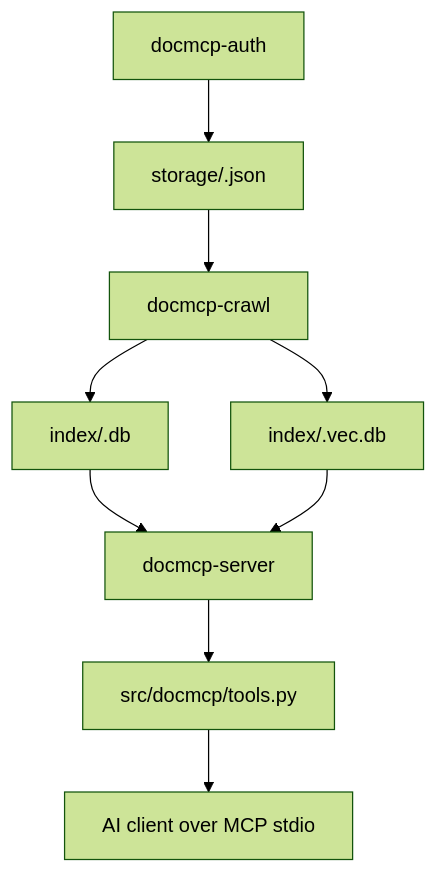
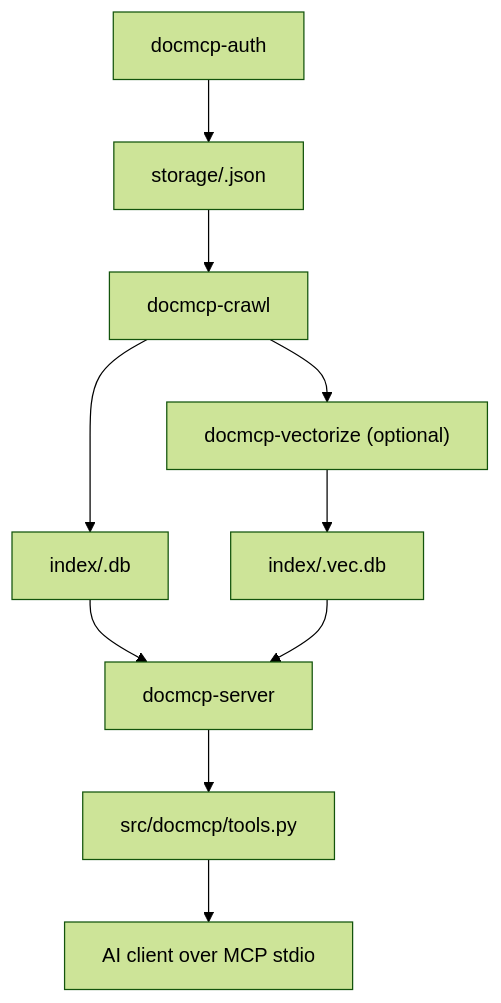
The diagram in documentation/overview.md (veep2012/doc_mcp), drawn with Mermaid (forest theme) before and after one commit. The commit also changed other lines of this file and 7 other files, not shown here.

````diff
--- a/documentation/overview.md
+++ b/documentation/overview.md
@@ -31,11 +31,12 @@
 ```mermaid
 flowchart TD
   A["docmcp-auth"] --> B["storage/<site>.json"]
   B --> C["docmcp-crawl"]
   C --> D["index/<site>.db"]
-  C --> D2["index/<site>.vec.db"]
+  C --> V["docmcp-vectorize (optional)"]
+  V --> D2["index/<site>.vec.db"]
   D --> E["docmcp-server"]
   D2 --> E
   E --> F["src/docmcp/tools.py"]
   F --> G["AI client over MCP stdio"]
 ```
````
